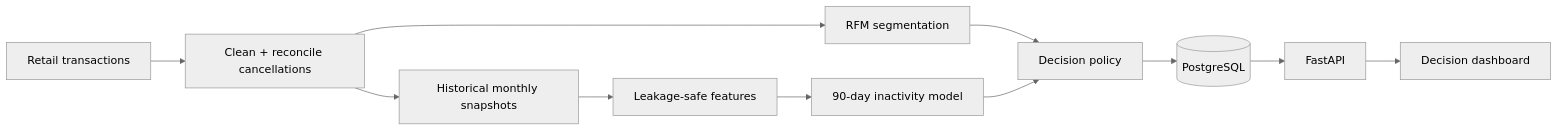
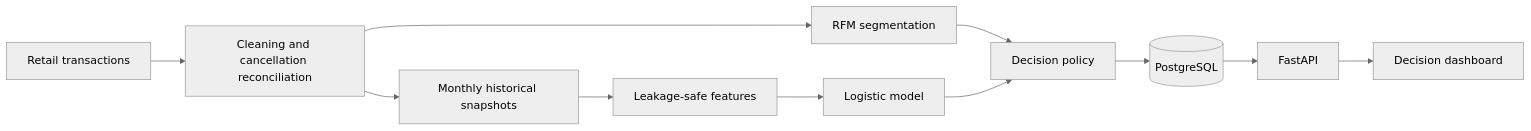
Before and after one commit to danyyen/customer_intelligence_system: the first of 2 diagrams in README.md, drawn with Mermaid (neutral theme). The commit also changed other lines of this file, not shown here.

````diff
--- a/README.md
+++ b/README.md
@@ -40,13 +84,13 @@
-```mermaid
+~~~mermaid
 flowchart LR
-    A[Retail transactions] --> B[Clean + reconcile cancellations]
+    A[Retail transactions] --> B[Cleaning and cancellation reconciliation]
     B --> C[RFM segmentation]
-    B --> D[Historical monthly snapshots]
+    B --> D[Monthly historical snapshots]
     D --> E[Leakage-safe features]
-    E --> F[90-day inactivity model]
+    E --> F[Logistic model]
     C --> G[Decision policy]
     F --> G
     G --> H[(PostgreSQL)]
     H --> I[FastAPI]
     I --> J[Decision dashboard]
-```
+~~~
````
